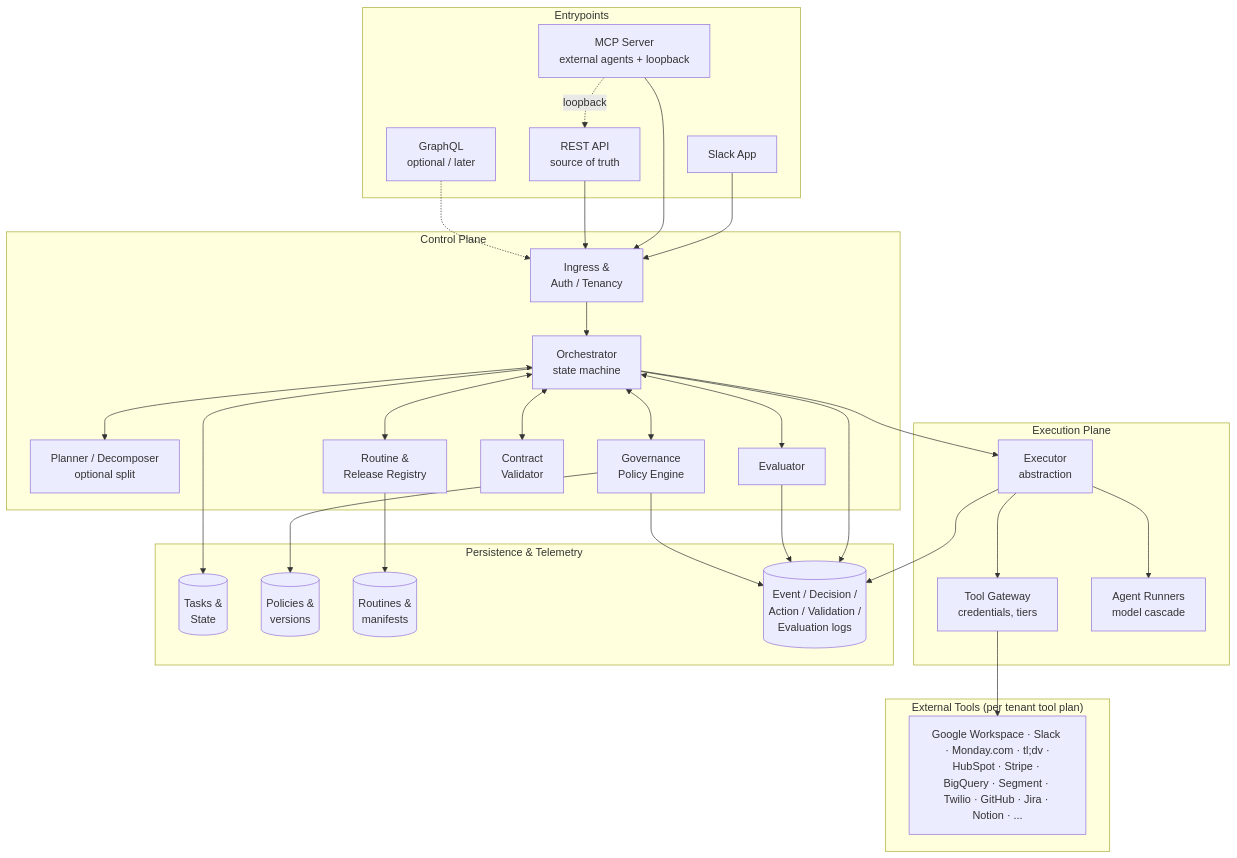
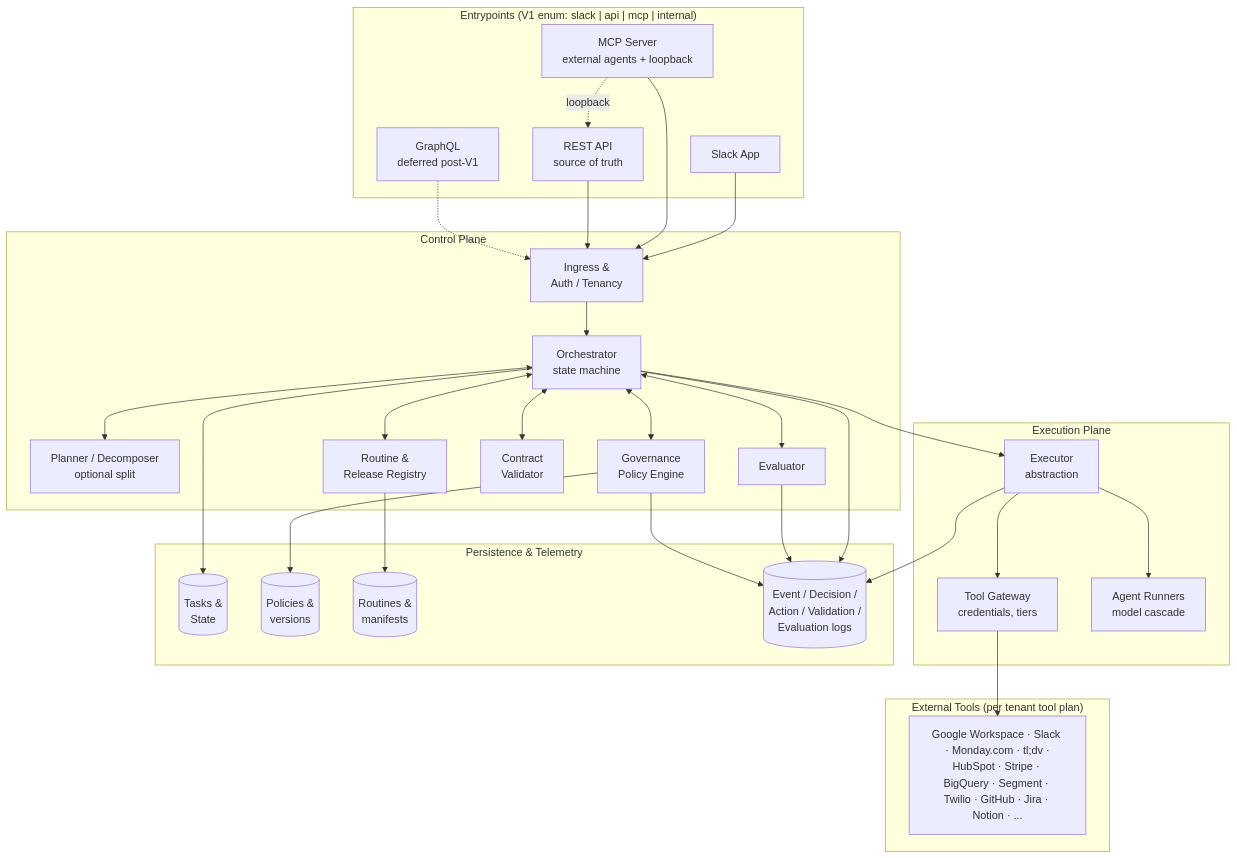
Before and after one commit to dr-robert-li/agentic-mesh-reference-arch: the diagram in README.md, drawn with Mermaid. The commit also changed other lines of this file and 20 other files, not shown here.

````diff
--- a/README.md
+++ b/README.md
@@ -65,63 +65,63 @@
 ```mermaid
 flowchart TB
-    subgraph Entry["Entrypoints"]
+    subgraph Entry["Entrypoints (V1 enum: slack | api | mcp | internal)"]
         SLK[Slack App]
+        API[REST API<br/>source of truth]
         MCP[MCP Server<br/>external agents + loopback]
-        API[REST API<br/>source of truth]
-        GQL[GraphQL<br/>optional / later]
+        GQL[GraphQL<br/>deferred post-V1]
     end
 
     subgraph Control["Control Plane"]
         ING[Ingress &<br/>Auth / Tenancy]
         ORCH[Orchestrator<br/>state machine]
         PLAN[Planner / Decomposer<br/>optional split]
         GOV[Governance<br/>Policy Engine]
         EVAL[Evaluator]
         VAL[Contract<br/>Validator]
         REG[Routine &<br/>Release Registry]
     end
 
     subgraph Exec["Execution Plane"]
         EXEC[Executor<br/>abstraction]
         GW[Tool Gateway<br/>credentials, tiers]
         AG[Agent Runners<br/>model cascade]
     end
 
     subgraph Data["Persistence & Telemetry"]
         TASKS[(Tasks &<br/>State)]
         POL[(Policies &<br/>versions)]
         ROUT[(Routines &<br/>manifests)]
         LOGS[(Event / Decision /<br/>Action / Validation /<br/>Evaluation logs)]
     end
 
     subgraph Ext["External Tools (per tenant tool plan)"]
         GW_TOOLS[Google Workspace · Slack · Monday.com · tl;dv ·<br/>HubSpot · Stripe · BigQuery · Segment · Twilio · GitHub · Jira · Notion · ...]
     end
 
     SLK --> ING
     MCP --> ING
     API --> ING
     GQL -.-> ING
     ING --> ORCH
 
     ORCH <--> PLAN
     ORCH <--> GOV
     ORCH <--> EVAL
     ORCH <--> VAL
     ORCH <--> REG
     ORCH --> EXEC
 
     EXEC --> AG
     EXEC --> GW
     GW --> GW_TOOLS
 
     ORCH --> TASKS
     GOV --> POL
     REG --> ROUT
     ORCH --> LOGS
     EVAL --> LOGS
     GOV --> LOGS
     EXEC --> LOGS
 
     MCP -. loopback .-> API
 ```
````
